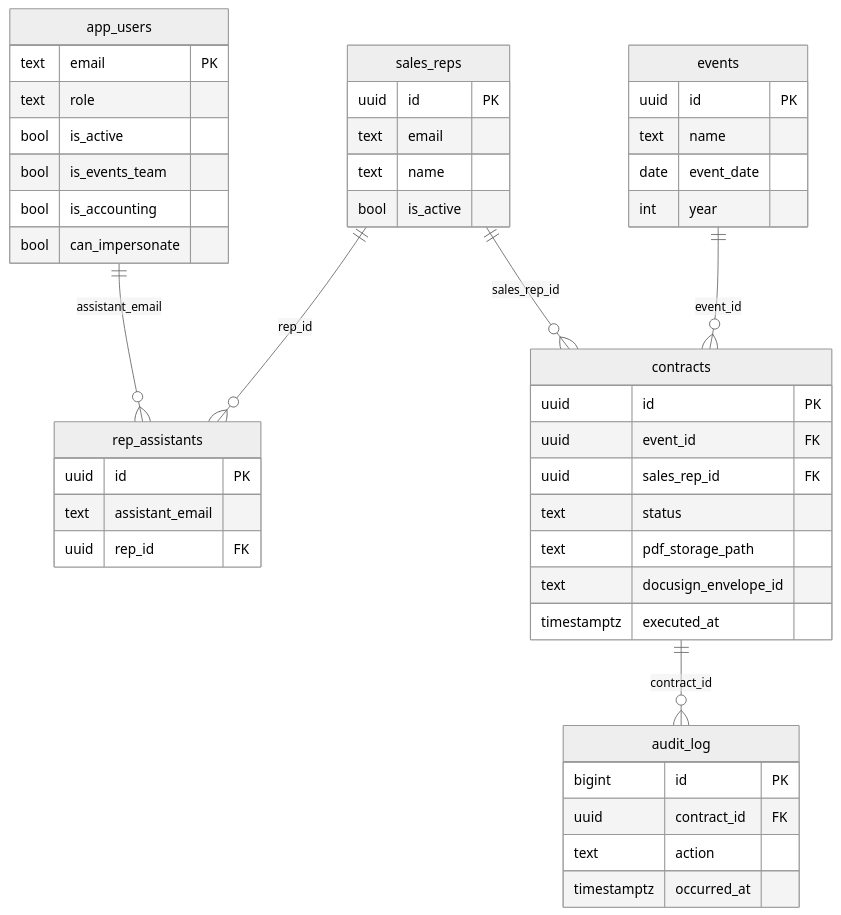
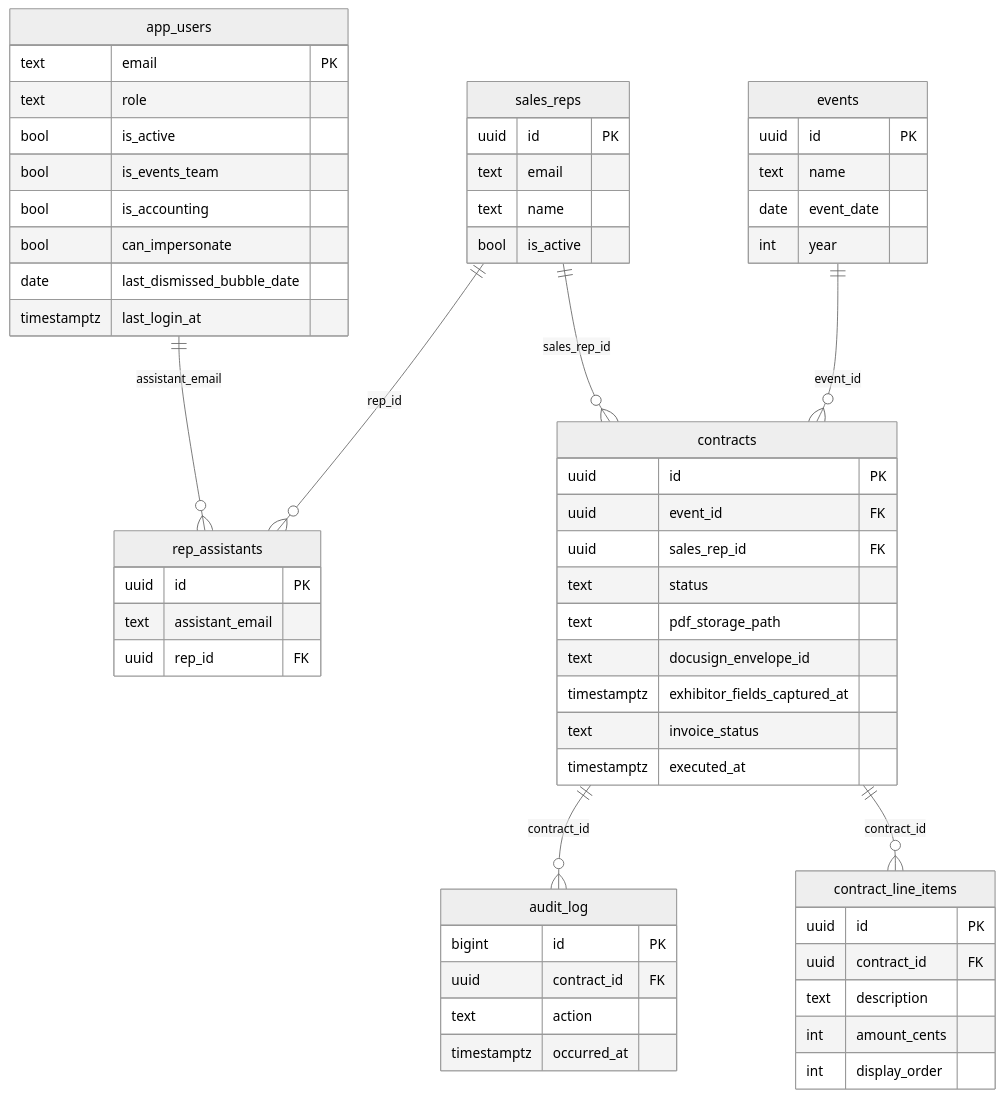
One commit to mcapace/whiskyfest-contracts changed the diagram in docs/SCHEMA.md. Above: the diagram before and after it, drawn with Mermaid (neutral theme). The commit also changed other lines of this file and 2 other files, not shown here.

First line of the commit message:
docs: Refresh SCHEMA/ARCHITECTURE/WORKFLOW mermaid for current product

````diff
--- a/docs/SCHEMA.md
+++ b/docs/SCHEMA.md
@@ -5,54 +5,67 @@
 ```mermaid
 erDiagram
   app_users ||--o{ rep_assistants : assistant_email
   sales_reps ||--o{ rep_assistants : rep_id
   sales_reps ||--o{ contracts : sales_rep_id
   events ||--o{ contracts : event_id
   contracts ||--o{ audit_log : contract_id
+  contracts ||--o{ contract_line_items : contract_id
 
   app_users {
     text email PK
     text role
     bool is_active
     bool is_events_team
     bool is_accounting
     bool can_impersonate
+    date last_dismissed_bubble_date
+    timestamptz last_login_at
   }
 
   sales_reps {
     uuid id PK
     text email
     text name
     bool is_active
   }
 
   rep_assistants {
     uuid id PK
     text assistant_email
     uuid rep_id FK
   }
 
   events {
     uuid id PK
     text name
     date event_date
     int year
   }
 
   contracts {
     uuid id PK
     uuid event_id FK
     uuid sales_rep_id FK
     text status
     text pdf_storage_path
     text docusign_envelope_id
+    timestamptz exhibitor_fields_captured_at
+    text invoice_status
     timestamptz executed_at
+  }
+
+  contract_line_items {
+    uuid id PK
+    uuid contract_id FK
+    text description
+    int amount_cents
+    int display_order
   }
 
   audit_log {
     bigint id PK
     uuid contract_id FK
     text action
     timestamptz occurred_at
   }
 ```
````
